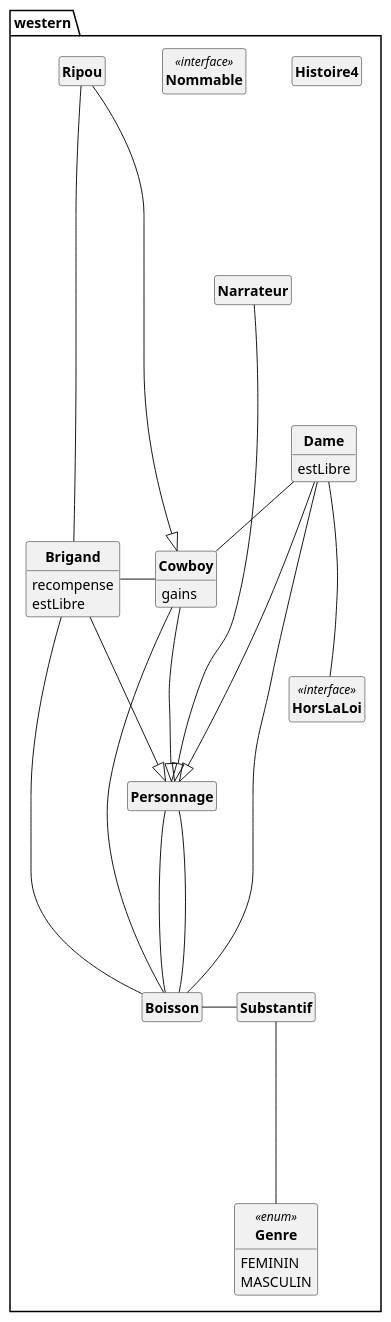
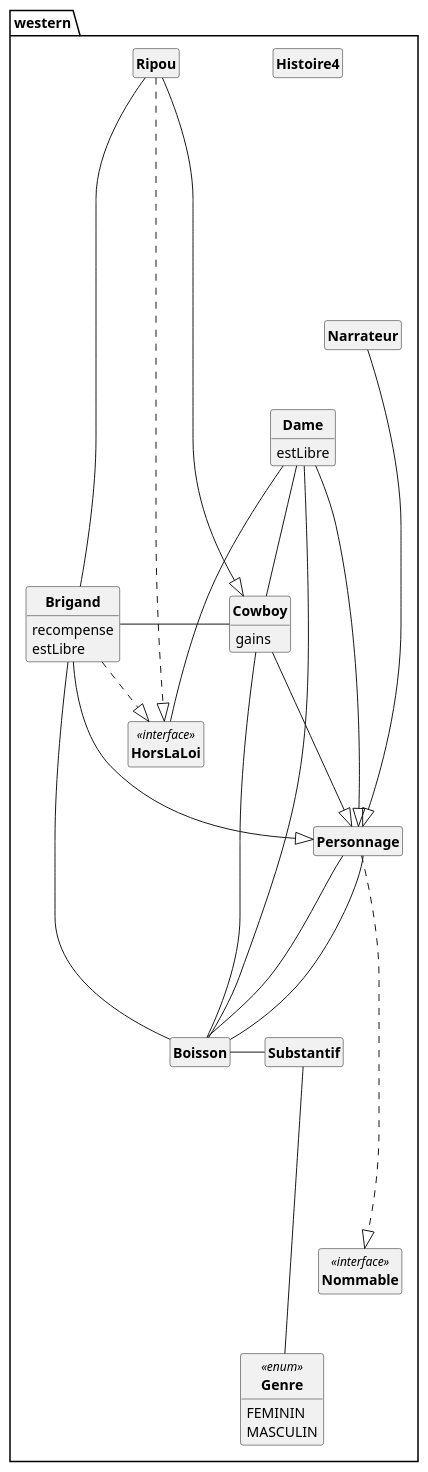
The diagram in out/production/p21_projet/pumlFromJava/westernClass.puml (DimToups/Java-to-PUML-converter), drawn with PlantUML before and after one commit. The commit also changed 3 other files, not shown here.

Commit message:
[Semaine3] Compatibilité des interfaces dans le diagramme ainsi que les classes

```diff
--- a/out/production/p21_projet/pumlFromJava/westernClass.puml
+++ b/out/production/p21_projet/pumlFromJava/westernClass.puml
@@ -1,70 +1,73 @@
 @startuml
 'https://plantuml.com/class-diagram
 skinparam style strictuml
 skinparam classAttributeIconSize 0
 skinparam classFontStyle Bold
 
 hide empty members
 
 
 package western{
 
 class Boisson{
 
 }
 class Brigand{
 	recompense
 	estLibre
 
 }
 class Cowboy{
 	gains
 
 }
 class Dame{
 	estLibre
 
 }
 class Genre <<enum>>{
 	FEMININ
 	MASCULIN
 
 }
 class Histoire4{
 
 }
 class HorsLaLoi <<interface>>{
 
 }
 class Narrateur{
 
 }
 class Nommable <<interface>>{
 
 }
 class Personnage{
 
 }
 class Ripou{
 
 }
 class Substantif{
 
 }
 Boisson-Substantif
 Brigand-|>Personnage
+Brigand..|>HorsLaLoi
 Brigand-Cowboy
-Brigand-Boisson
+Brigand--Boisson
 Cowboy---|>Personnage
 Cowboy--Boisson
 Dame----|>Personnage
-Dame--Cowboy
+Dame---Cowboy
 Dame---HorsLaLoi
 Dame---Boisson
 Narrateur------|>Personnage
-Personnage---Boisson
+Personnage.......|>Nommable
 Personnage----Boisson
-Ripou-------|>Cowboy
-Ripou----Brigand
-Substantif----Genre
+Personnage----Boisson
+Ripou--------|>Cowboy
+Ripou.........|>HorsLaLoi
+Ripou-----Brigand
+Substantif-----Genre
 @enduml
```
